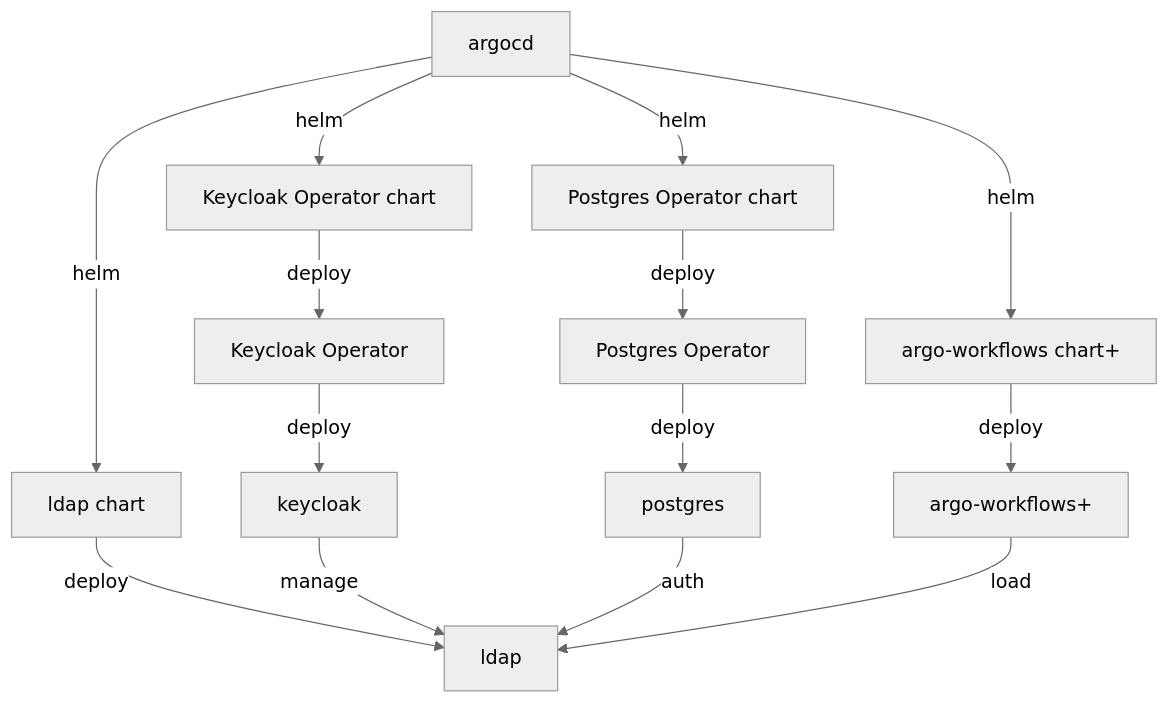
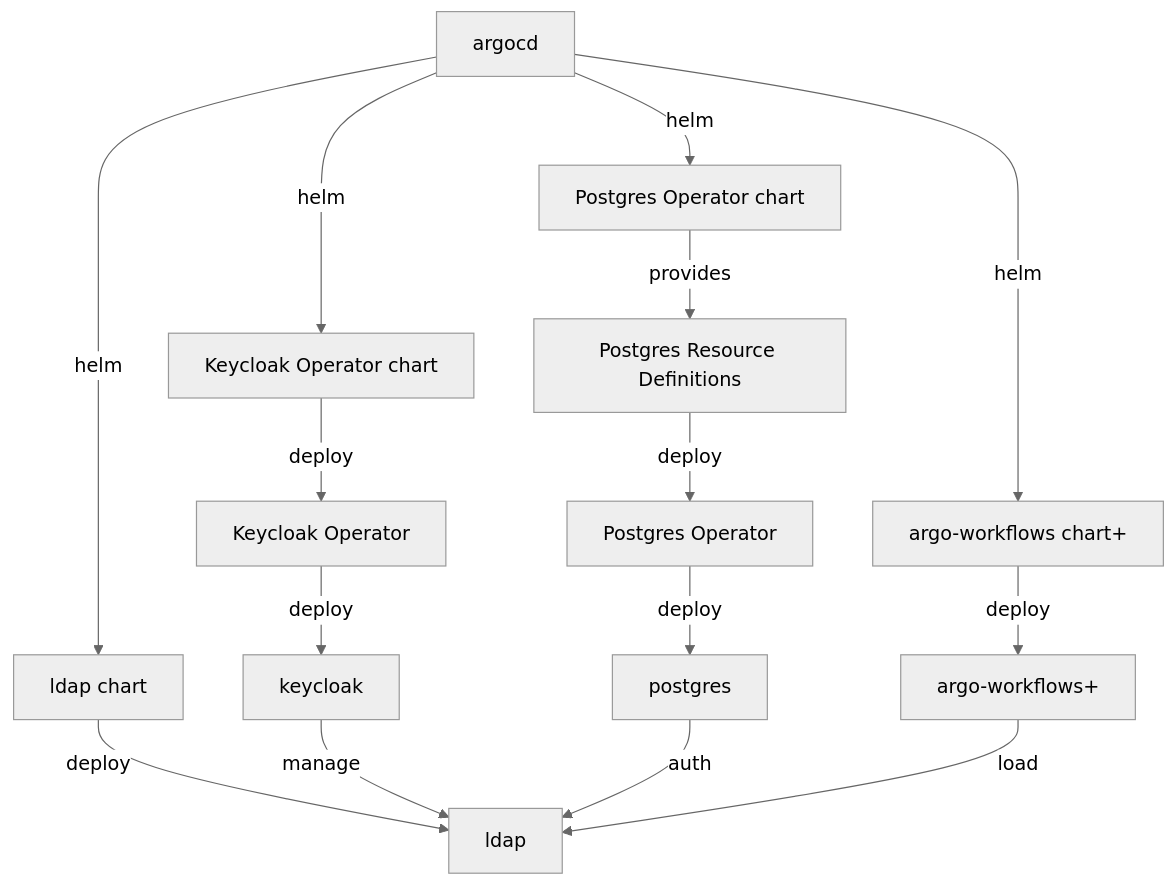
Before and after one commit to oommoo/deontic: the diagram in docs/upgrade-cluster.md, drawn with Mermaid (neutral theme). The commit also changed 4 other files, not shown here.

````diff
--- a/docs/upgrade-cluster.md
+++ b/docs/upgrade-cluster.md
@@ -17,16 +17,17 @@
 ```mermaid
 flowchart TD 
 A[argocd] -->|helm| HCLD[ldap chart]
 A[argocd] -->|helm| HCAW[argo-workflows chart+]
 A[argocd] -->|helm| HCPGO[Postgres Operator chart+]
 A[argocd] -->|helm| HCKCO[Keycloak Operator chart+]
 HCLD[ldap chart] -->|deploy| LD[ldap]
 HCAW[argo-workflows chart+] -->|deploy| AW[argo-workflows+]
-HCPGO[Postgres Operator chart] -->|deploy| PGO[Postgres Operator]
+HCPGO[Postgres Operator chart] -->|provides| PGRD[Postgres Resource Definitions]
+PGRD[Postgres Resource Definitions] -->|deploy| PGO[Postgres Operator]
 HCKCO[Keycloak Operator chart] -->|deploy| KCO[Keycloak Operator]
 KCO[Keycloak Operator] --> |deploy| KC[keycloak]
 KC[keycloak] --> |manage| LD[ldap]
 PGO[Postgres Operator] --> |deploy| P[postgres]
 P[postgres] --> |auth| LD[ldap]
 AW[argo-workflows+] --> |load| LD[ldap]
 ```
````
